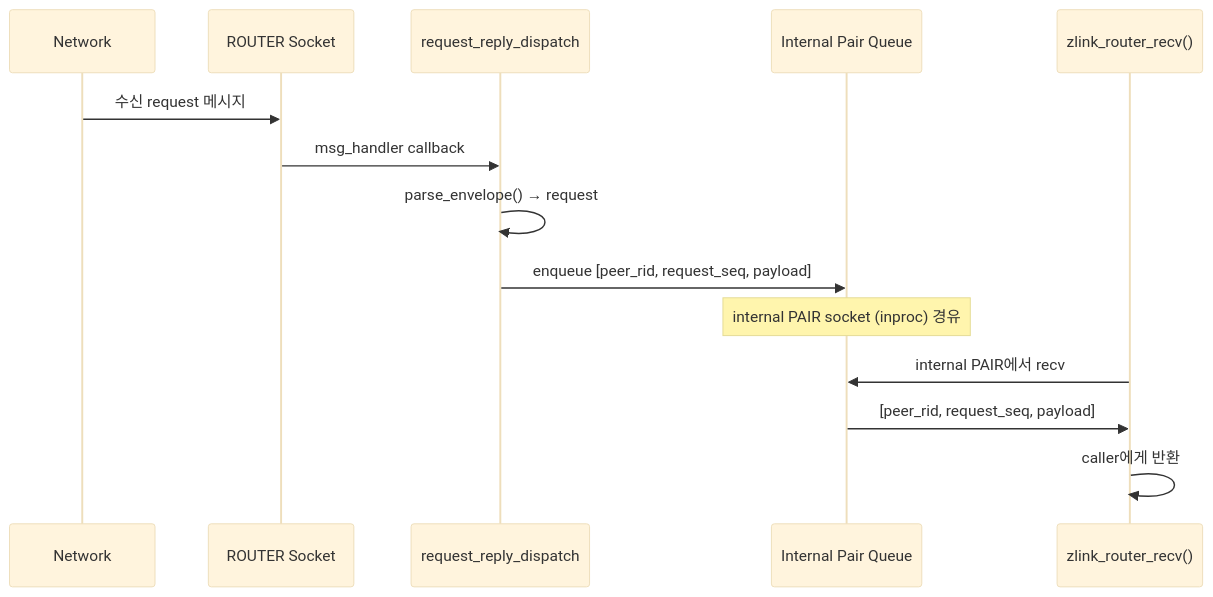
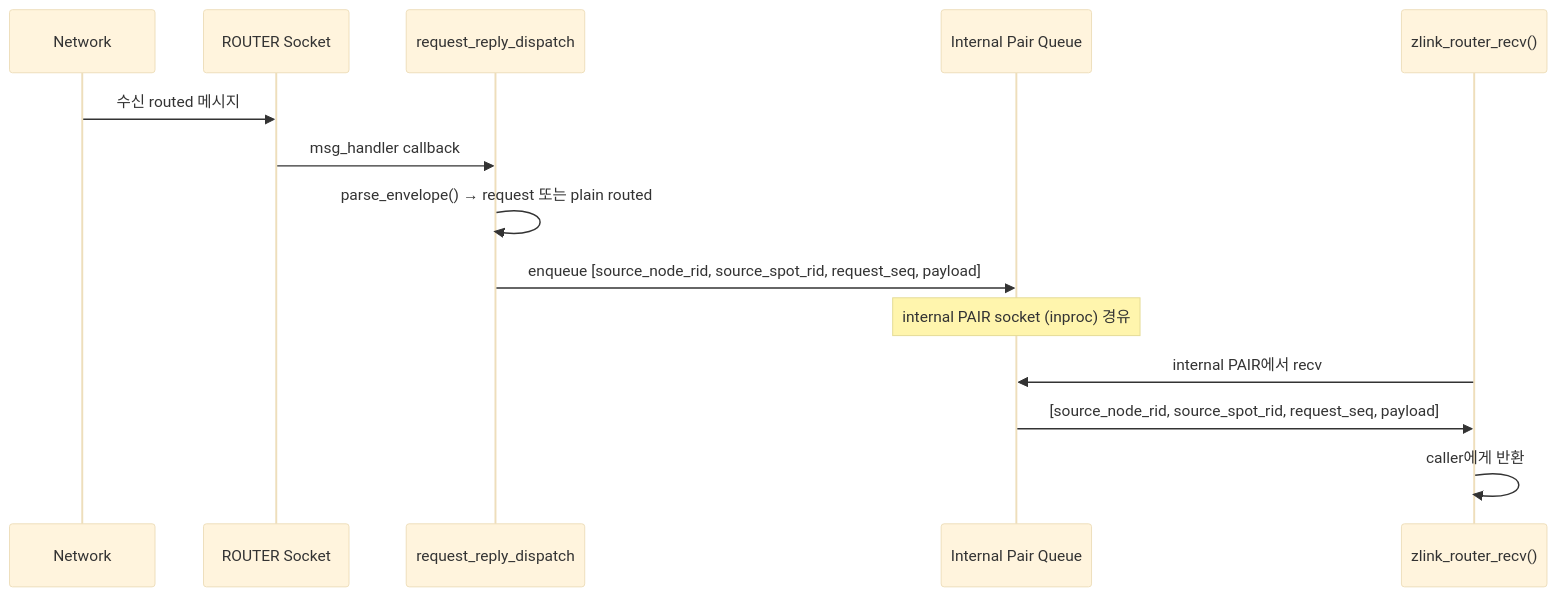
One commit to kairos-code-dev/zlink changed the tenth of 14 diagrams in doc/internals/services-internals.ko.md. Above: the diagram before and after it, drawn with Mermaid (base theme). The commit also changed other lines of this file and 624 other files, not shown here.

````diff
--- a/doc/internals/services-internals.ko.md
+++ b/doc/internals/services-internals.ko.md
@@ -549,18 +546,18 @@
 ```mermaid
 sequenceDiagram
     participant Net as Network
     participant Socket as ROUTER Socket
     participant Dispatch as request_reply_dispatch
     participant Queue as Internal Pair Queue
     participant App as zlink_router_recv()
 
-    Net->>Socket: 수신 request 메시지
+    Net->>Socket: 수신 routed 메시지
     Socket->>Dispatch: msg_handler callback
-    Dispatch->>Dispatch: parse_envelope() → request
-    Dispatch->>Queue: enqueue [peer_rid, request_seq, payload]
+    Dispatch->>Dispatch: parse_envelope() → request 또는 plain routed
+    Dispatch->>Queue: enqueue [source_node_rid, source_spot_rid, request_seq, payload]
     Note over Queue: internal PAIR socket (inproc) 경유
 
     App->>Queue: internal PAIR에서 recv
-    Queue->>App: [peer_rid, request_seq, payload]
+    Queue->>App: [source_node_rid, source_spot_rid, request_seq, payload]
     App->>App: caller에게 반환
 ```
````
